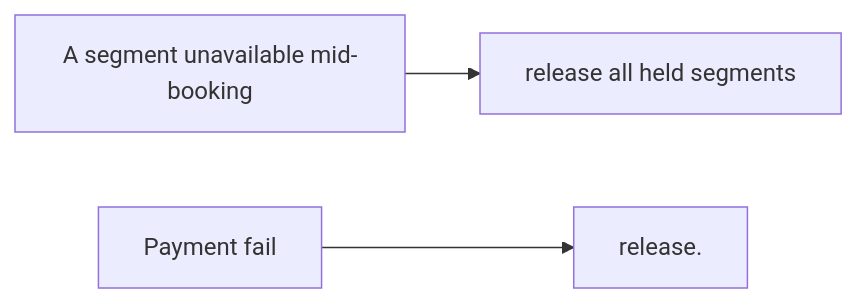
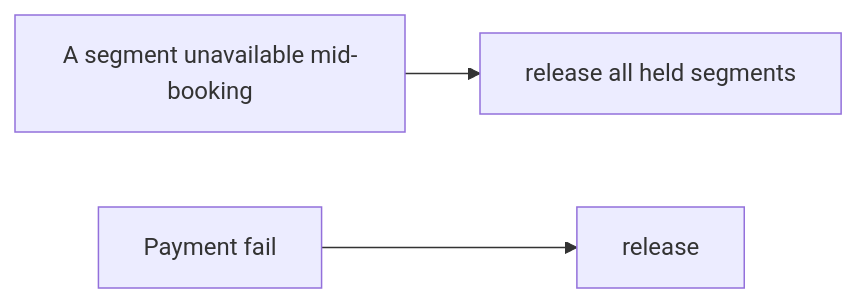
One commit to RIT-MESH/system-design-mastery changed the third of 3 diagrams in case-studies/advanced/airline-reservation.md. Above: the diagram before and after it, drawn with Mermaid. The commit also changed other lines of this file and 215 other files, not shown here.

First line of the commit message:
Complete all remaining work: expand case studies, add 13 AI case studies, fix diagrams, status to Complete

````diff
--- a/case-studies/advanced/airline-reservation.md
+++ b/case-studies/advanced/airline-reservation.md
@@ -138,10 +171,10 @@
 ```mermaid
 %% created-for: system-design-mastery
 flowchart LR
   C1["A segment unavailable mid-booking"]
   R2["release all held segments"]
   C1 --> R2
   C3["Payment fail"]
-  R4["release."]
+  R4["release"]
   C3 --> R4
 ```
````
